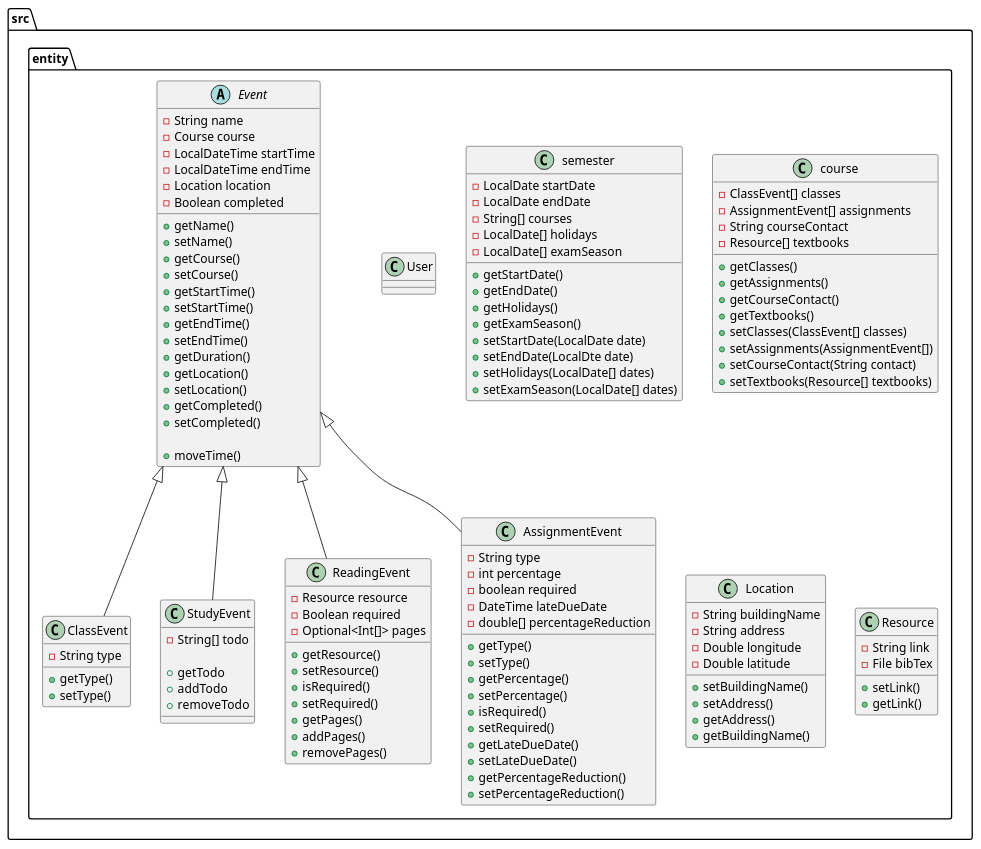
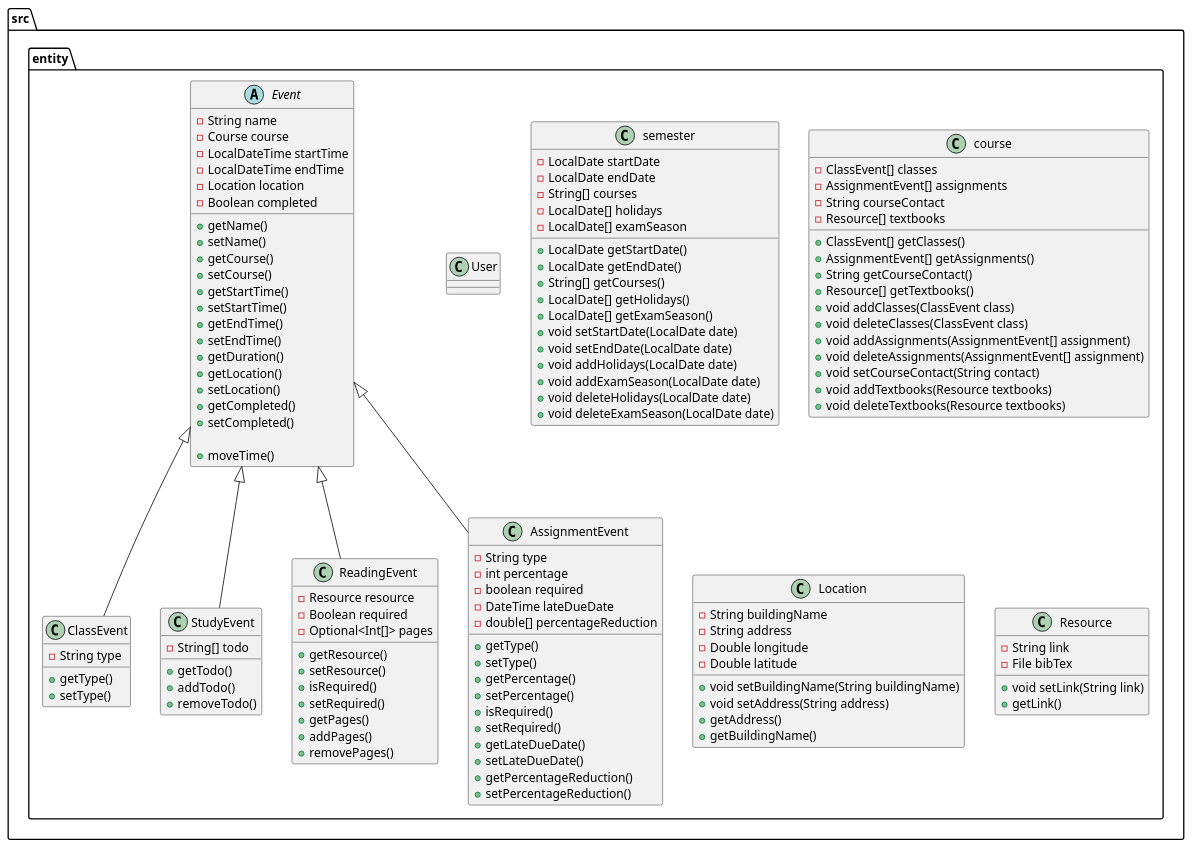
The diagram in DESIGN.puml (Rafiah-n/AcademiCal), drawn with PlantUML before and after one commit.

Commit message:
added types to methods for course and semester uml diagram

```diff
--- a/DESIGN.puml
+++ b/DESIGN.puml
@@ -1,143 +1,149 @@
 @startuml
 
 folder src {
 
     folder entity {
 
         abstract Event {
             - String name
             - Course course
             - LocalDateTime startTime
             - LocalDateTime endTime
             - Location location
             - Boolean completed
 
             + getName()
             + setName()
             + getCourse()
             + setCourse()
             + getStartTime()
             + setStartTime()
             + getEndTime()
             + setEndTime()
             + getDuration()
             + getLocation()
             + setLocation()
             + getCompleted()
             + setCompleted()
 
             + moveTime()  /' Moves start and end times in unison '/
         }
 
         class ClassEvent extends Event {
             - String type
 
             + getType()
             + setType()
         }
 
         class StudyEvent extends Event {
             - String[] todo
 
-            + getTodo
-            + addTodo
-            + removeTodo
+            + getTodo()
+            + addTodo()
+            + removeTodo()
         }
 
         class ReadingEvent extends Event {
             - Resource resource
             - Boolean required
             - Optional<Int[]> pages
 
             + getResource()
             + setResource()
             + isRequired()
             + setRequired()
             + getPages()
             + addPages()
             + removePages()
         }
 
         class AssignmentEvent extends Event {
             - String type
             - int percentage
             - boolean required
             - DateTime lateDueDate
             - double[] percentageReduction
 
 
             + getType()
             + setType()
             + getPercentage()
             + setPercentage()
             + isRequired()
             + setRequired()
             + getLateDueDate()
             + setLateDueDate()
             + getPercentageReduction()
             + setPercentageReduction()
         }
 
         class User {
             ' Unimplemented for now
         }
 
         class semester{
             - LocalDate startDate
             - LocalDate endDate
             - String[] courses
             - LocalDate[] holidays
             - LocalDate[] examSeason
 
-            + getStartDate()
-            + getEndDate()
-            + getHolidays()
-            + getExamSeason()
-            + setStartDate(LocalDate date)
-            + setEndDate(LocalDte date)
-            + setHolidays(LocalDate[] dates)
-            + setExamSeason(LocalDate[] dates)
+            + LocalDate getStartDate()
+            + LocalDate getEndDate()
+            + String[] getCourses()
+            + LocalDate[] getHolidays()
+            + LocalDate[] getExamSeason()
+            + void setStartDate(LocalDate date)
+            + void setEndDate(LocalDate date)
+            + void addHolidays(LocalDate date)
+            + void addExamSeason(LocalDate date)
+            + void deleteHolidays(LocalDate date)
+            + void deleteExamSeason(LocalDate date)
         }
 
         class course {
             - ClassEvent[] classes
             - AssignmentEvent[] assignments
             - String courseContact
             - Resource[] textbooks
 
-            + getClasses()
-            + getAssignments()
-            + getCourseContact()
-            + getTextbooks()
-            + setClasses(ClassEvent[] classes)
-            + setAssignments(AssignmentEvent[])
-            + setCourseContact(String contact)
-            + setTextbooks(Resource[] textbooks)
+            + ClassEvent[] getClasses()
+            + AssignmentEvent[] getAssignments()
+            + String getCourseContact()
+            + Resource[] getTextbooks()
+            + void addClasses(ClassEvent class)
+            + void deleteClasses(ClassEvent class)
+            + void addAssignments(AssignmentEvent[] assignment)
+            + void deleteAssignments(AssignmentEvent[] assignment)
+            + void setCourseContact(String contact)
+            + void addTextbooks(Resource textbooks)
+            + void deleteTextbooks(Resource textbooks)
         }
 
         class Location{
             - String buildingName
             - String address
             - Double longitude
             - Double latitude
 
-            + setBuildingName()
-            + setAddress()
+            + void setBuildingName(String buildingName)
+            + void setAddress(String address)
             + getAddress()
             + getBuildingName()
         }
 
         class Resource{
             - String link
             - File bibTex
 
-            + setLink()
+            + void setLink(String link)
             + getLink()
         }
 
     }  /' folder entity '/
 
 
 }  /' folder src '/
 
 @enduml
```
